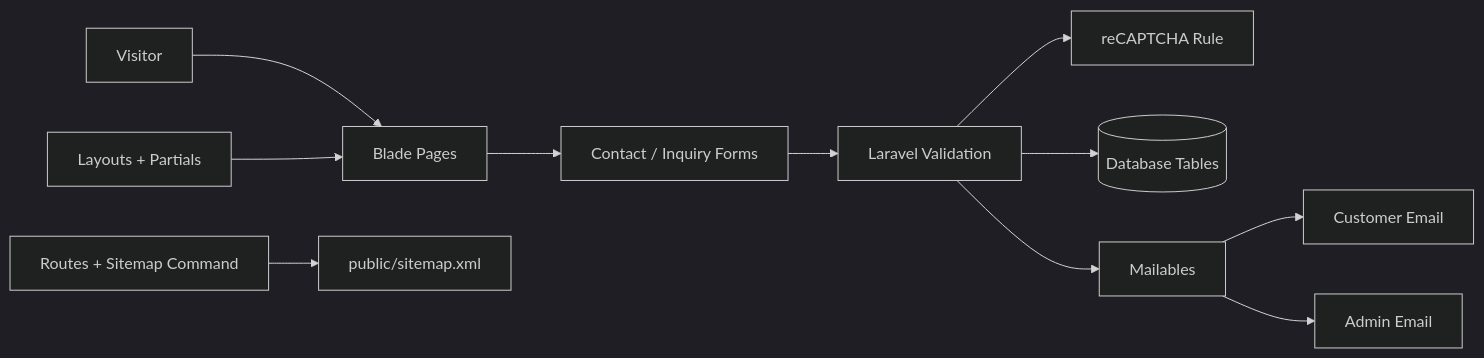
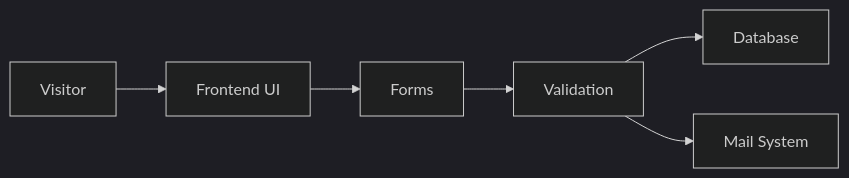
The diagram in README.md (Astarand/360-propertieshub), drawn with Mermaid (dark theme) before and after one commit. The commit also changed other lines of this file, not shown here.

````diff
--- a/README.md
+++ b/README.md
@@ -86,13 +102,8 @@
 ```mermaid
 flowchart LR
-    A[Visitor] --> B[Blade Pages]
-    B --> C[Contact / Inquiry Forms]
-    C --> D[Laravel Validation]
-    D --> E[reCAPTCHA Rule]
-    D --> F[(Database Tables)]
-    D --> G[Mailables]
-    G --> H[Customer Email]
-    G --> I[Admin Email]
-    J[Routes + Sitemap Command] --> K[public/sitemap.xml]
-    L[Layouts + Partials] --> B
+    A[Visitor] --> B[Frontend UI]
+    B --> C[Forms]
+    C --> D[Validation]
+    D --> E[Database]
+    D --> F[Mail System]
 ```
````
